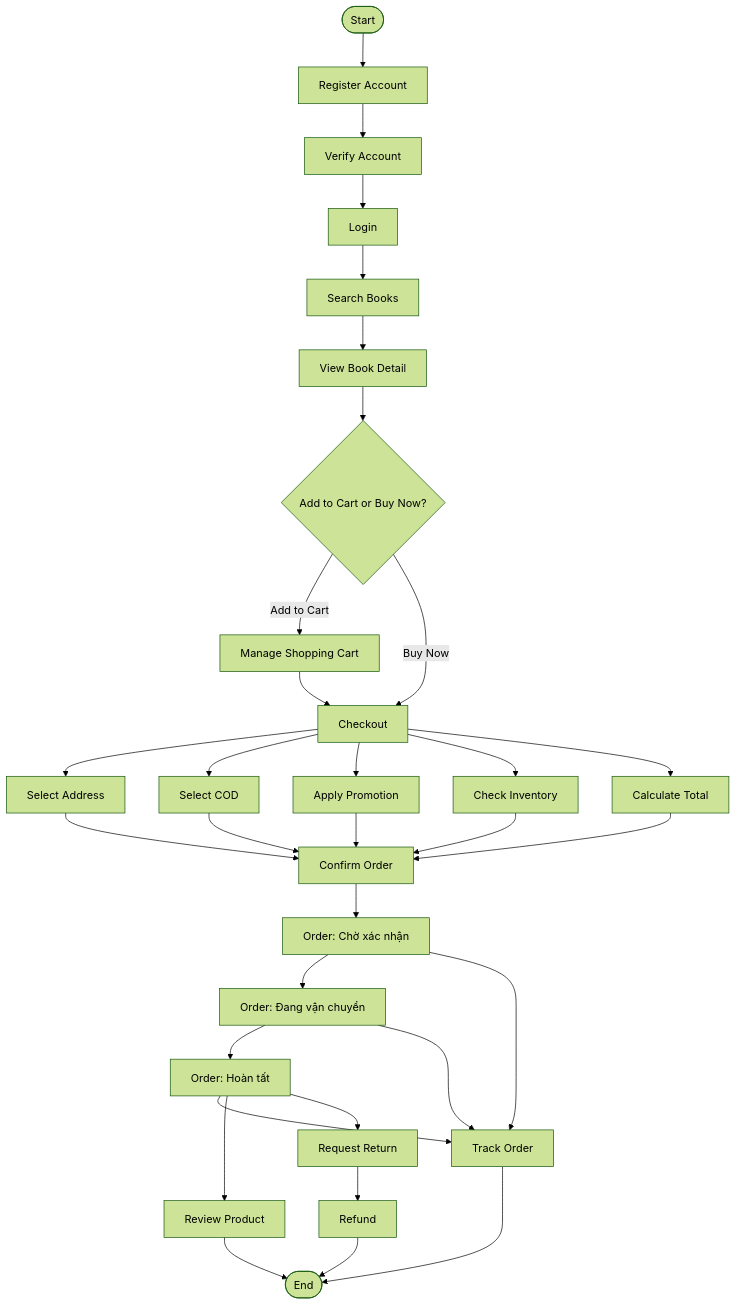
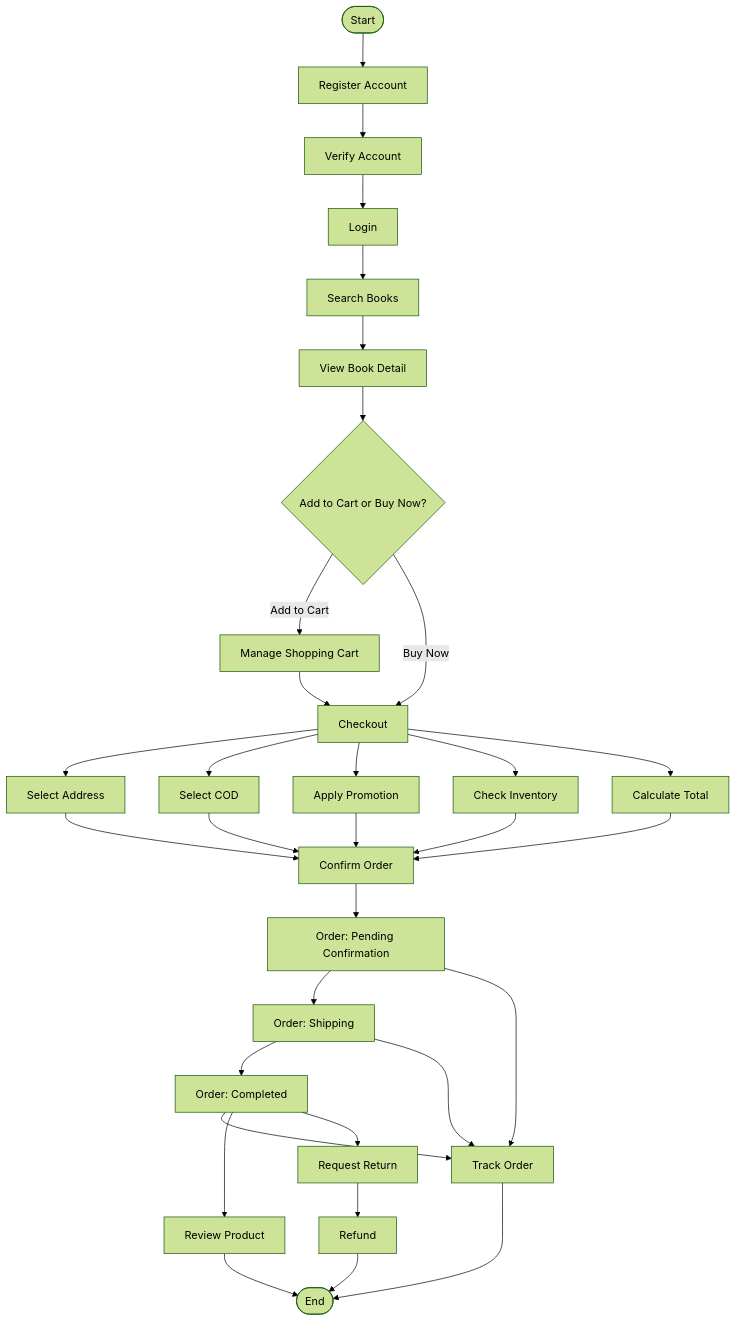
Before and after one commit to programmerHoangBao/Book-Shop: diagram 22 of 26 in Use-Case-Document.md, drawn with Mermaid (forest theme). The commit also changed other lines of this file, not shown here.

````diff
--- a/Use-Case-Document.md
+++ b/Use-Case-Document.md
@@ -1544,80 +1545,80 @@
 ```mermaid
 flowchart TD
 
     Start([Start])
 
     Register["Register Account"]
     Verify["Verify Account"]
     Login["Login"]
 
     Search["Search Books"]
     Detail["View Book Detail"]
 
     Decision1{"Add to Cart or Buy Now?"}
 
     Cart["Manage Shopping Cart"]
     Checkout["Checkout"]
 
     Address["Select Address"]
     COD["Select COD"]
     Promotion["Apply Promotion"]
     Stock["Check Inventory"]
     Total["Calculate Total"]
 
     Confirm["Confirm Order"]
 
-    Pending["Order: Chờ xác nhận"]
-    Shipping["Order: Đang vận chuyển"]
-    Completed["Order: Hoàn tất"]
+    Pending["Order: Pending Confirmation"]
+    Shipping["Order: Shipping"]
+    Completed["Order: Completed"]
 
     Track["Track Order"]
 
     Review["Review Product"]
 
     Return["Request Return"]
     Refund["Refund"]
 
     End([End])
 
     Start --> Register
     Register --> Verify
     Verify --> Login
 
     Login --> Search
     Search --> Detail
 
     Detail --> Decision1
 
     Decision1 -->|Add to Cart| Cart
     Cart --> Checkout
 
     Decision1 -->|Buy Now| Checkout
 
     Checkout --> Address
     Checkout --> COD
     Checkout --> Promotion
     Checkout --> Stock
     Checkout --> Total
 
     Address --> Confirm
     COD --> Confirm
     Promotion --> Confirm
     Stock --> Confirm
     Total --> Confirm
 
     Confirm --> Pending
     Pending --> Shipping
     Shipping --> Completed
 
     Pending --> Track
     Shipping --> Track
     Completed --> Track
 
     Completed --> Review
     Completed --> Return
     Return --> Refund
 
     Review --> End
     Refund --> End
     Track --> End
 ```
````
